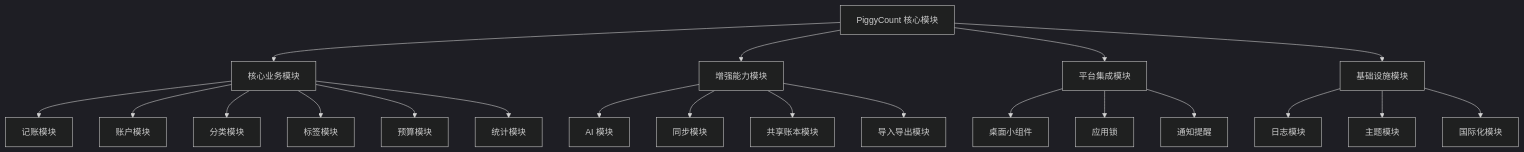
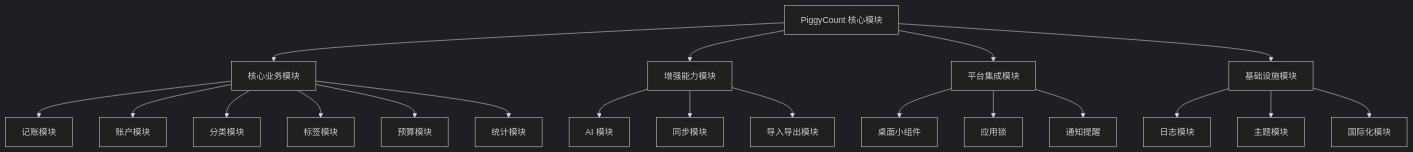
One commit to mecoren/PiggyCount changed the first of 5 diagrams in docoments/05-core-modules.md. Above: the diagram before and after it, drawn with Mermaid (dark theme). The commit also changed other lines of this file and 11 other files, not shown here.

````diff
--- a/docoments/05-core-modules.md
+++ b/docoments/05-core-modules.md
@@ -58,29 +57,28 @@
 ```mermaid
 flowchart TD
     Root[PiggyCount 核心模块]
 
     Root --> Core[核心业务模块]
     Root --> Enhance[增强能力模块]
     Root --> Platform[平台集成模块]
     Root --> Infra[基础设施模块]
 
     Core --> C1[记账模块]
     Core --> C2[账户模块]
     Core --> C3[分类模块]
     Core --> C4[标签模块]
     Core --> C5[预算模块]
     Core --> C6[统计模块]
 
     Enhance --> E1[AI 模块]
     Enhance --> E2[同步模块]
-    Enhance --> E3[共享账本模块]
     Enhance --> E4[导入导出模块]
 
     Platform --> P1[桌面小组件]
     Platform --> P2[应用锁]
     Platform --> P3[通知提醒]
 
     Infra --> I1[日志模块]
     Infra --> I2[主题模块]
     Infra --> I3[国际化模块]
 ```
````
